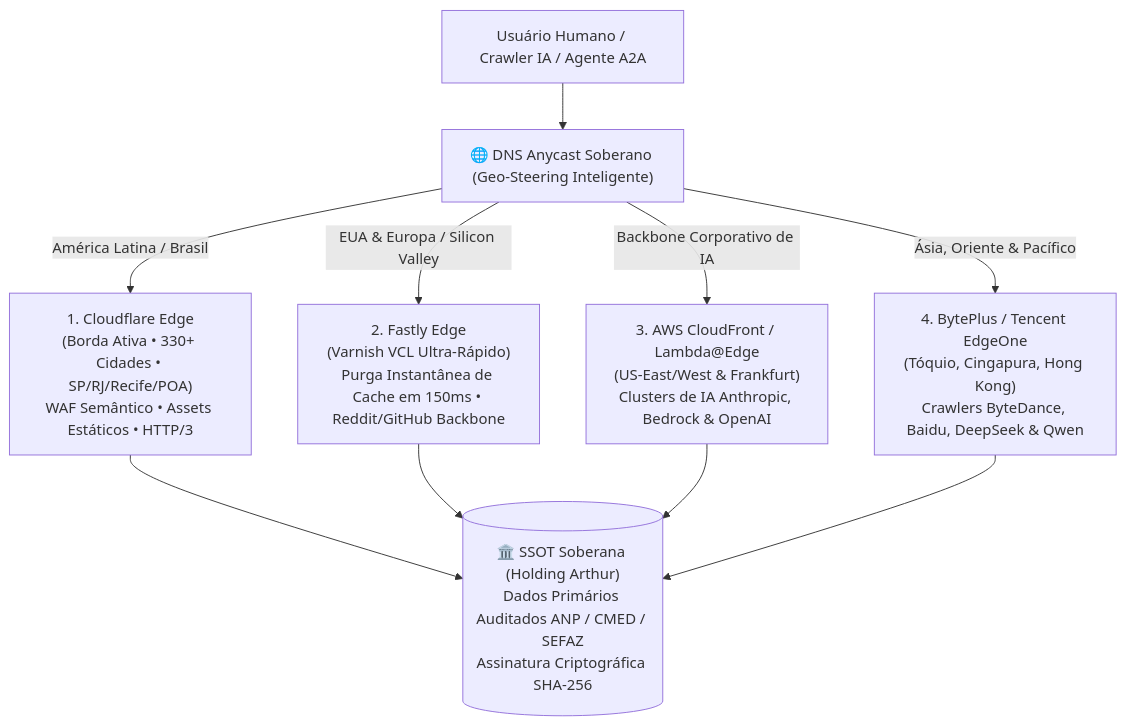
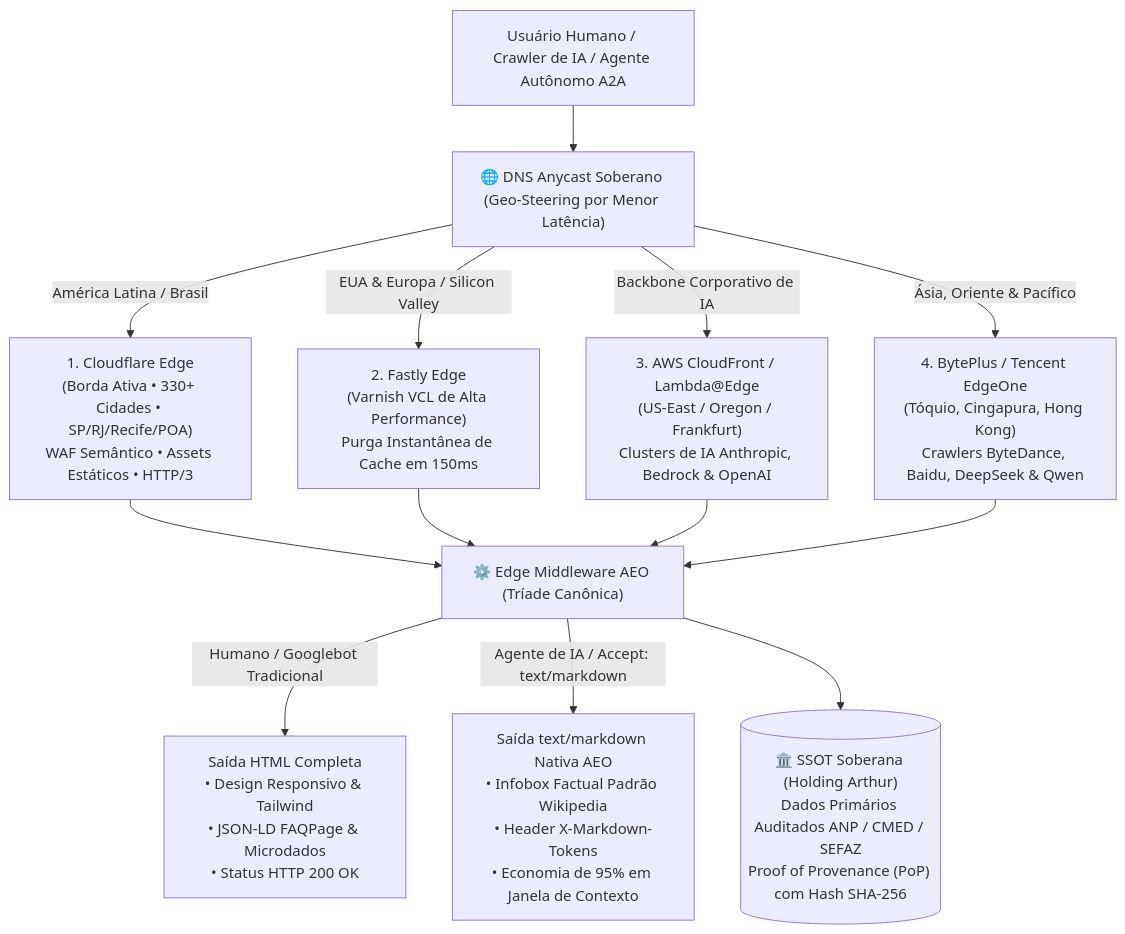
One commit to arthursantosmedia-stack/mestrepratico-brazil-prices-mcp changed the first of 2 diagrams in docs/PLANO_EXPANSAO_ANYCAST_SOBERANO.md. Above: the diagram before and after it, drawn with Mermaid. The commit also changed other lines of this file and 1 other file, not shown here.

Commit message:
docs: consolidacao mestre Anycast Borda Soberana e Diretriz Universal AEO com mitigacao de riscos

````diff
--- a/docs/PLANO_EXPANSAO_ANYCAST_SOBERANO.md
+++ b/docs/PLANO_EXPANSAO_ANYCAST_SOBERANO.md
@@ -18,14 +39,19 @@
 ```mermaid
 flowchart TD
-    CLIENT["Usuário Humano / Crawler IA / Agente A2A"] --> DNS["🌐 DNS Anycast Soberano (Geo-Steering Inteligente)"]
+    CLIENT["Usuário Humano / Crawler de IA / Agente Autônomo A2A"] --> DNS["🌐 DNS Anycast Soberano (Geo-Steering por Menor Latência)"]
     
     DNS -->|América Latina / Brasil| V1["1. Cloudflare Edge\n(Borda Ativa • 330+ Cidades • SP/RJ/Recife/POA)\nWAF Semântico • Assets Estáticos • HTTP/3"]
-    DNS -->|EUA & Europa / Silicon Valley| V2["2. Fastly Edge\n(Varnish VCL Ultra-Rápido)\nPurga Instantânea de Cache em 150ms • Reddit/GitHub Backbone"]
-    DNS -->|Backbone Corporativo de IA| V3["3. AWS CloudFront / Lambda@Edge\n(US-East/West & Frankfurt)\nClusters de IA Anthropic, Bedrock & OpenAI"]
+    DNS -->|EUA & Europa / Silicon Valley| V2["2. Fastly Edge\n(Varnish VCL de Alta Performance)\nPurga Instantânea de Cache em 150ms"]
+    DNS -->|Backbone Corporativo de IA| V3["3. AWS CloudFront / Lambda@Edge\n(US-East / Oregon / Frankfurt)\nClusters de IA Anthropic, Bedrock & OpenAI"]
     DNS -->|Ásia, Oriente & Pacífico| V4["4. BytePlus / Tencent EdgeOne\n(Tóquio, Cingapura, Hong Kong)\nCrawlers ByteDance, Baidu, DeepSeek & Qwen"]
     
-    V1 --> ORIGIN[("🏛️ SSOT Soberana (Holding Arthur)\nDados Primários Auditados ANP / CMED / SEFAZ\nAssinatura Criptográfica SHA-256")]
-    V2 --> ORIGIN
-    V3 --> ORIGIN
-    V4 --> ORIGIN
+    V1 --> EDGE_CORE["⚙️ Edge Middleware AEO (Tríade Canônica)"]
+    V2 --> EDGE_CORE
+    V3 --> EDGE_CORE
+    V4 --> EDGE_CORE
+
+    EDGE_CORE -->|Humano / Googlebot Tradicional| RES_HTML["Saída HTML Completa\n• Design Responsivo & Tailwind\n• JSON-LD FAQPage & Microdados\n• Status HTTP 200 OK"]
+    EDGE_CORE -->|Agente de IA / Accept: text/markdown| RES_AEO["Saída text/markdown Nativa AEO\n• Infobox Factual Padrão Wikipedia\n• Header X-Markdown-Tokens\n• Economia de 95% em Janela de Contexto"]
+
+    EDGE_CORE --> ORIGIN[("🏛️ SSOT Soberana (Holding Arthur)\nDados Primários Auditados ANP / CMED / SEFAZ\nProof of Provenance (PoP) com Hash SHA-256")]
 ```
````
